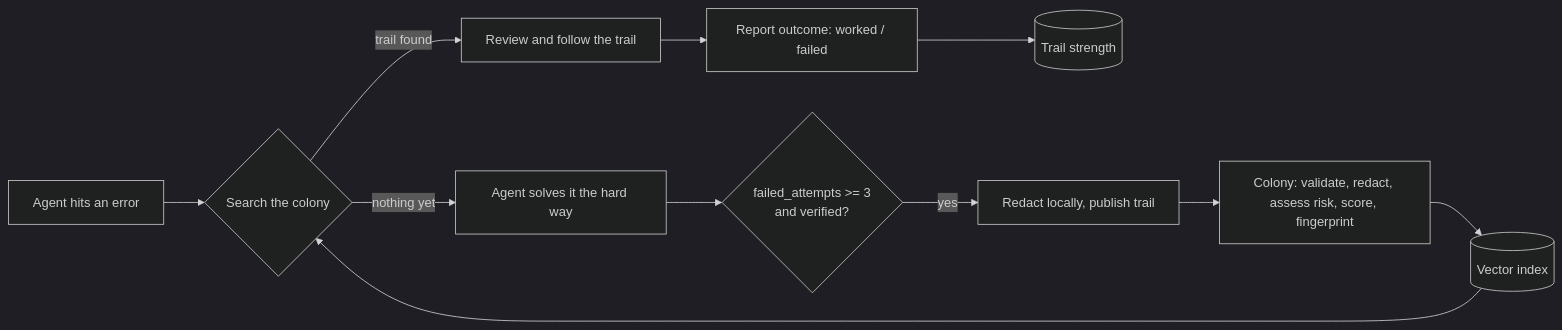
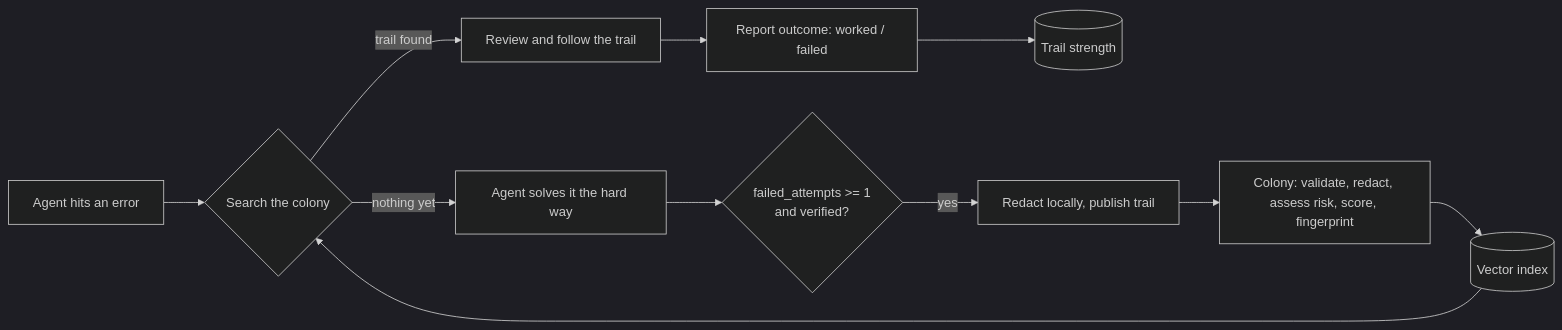
One commit to MartinM10/Myrmo changed the diagram in README.md. Above: the diagram before and after it, drawn with Mermaid (dark theme). The commit also changed other lines of this file and 21 other files, not shown here.

````diff
--- a/README.md
+++ b/README.md
@@ -30,13 +45,13 @@
 ```mermaid
 flowchart LR
     A[Agent hits an error] --> B{Search the colony}
     B -- trail found --> C[Review and follow the trail]
     C --> D[Report outcome: worked / failed]
     D --> R[(Trail strength)]
     B -- nothing yet --> E[Agent solves it the hard way]
-    E --> F{failed_attempts >= 3<br/>and verified?}
+    E --> F{failed_attempts >= 1<br/>and verified?}
     F -- yes --> G[Redact locally, publish trail]
     G --> H[Colony: validate, redact, assess risk, score, fingerprint]
     H --> I[(Vector index)]
     I --> B
 ```
````
